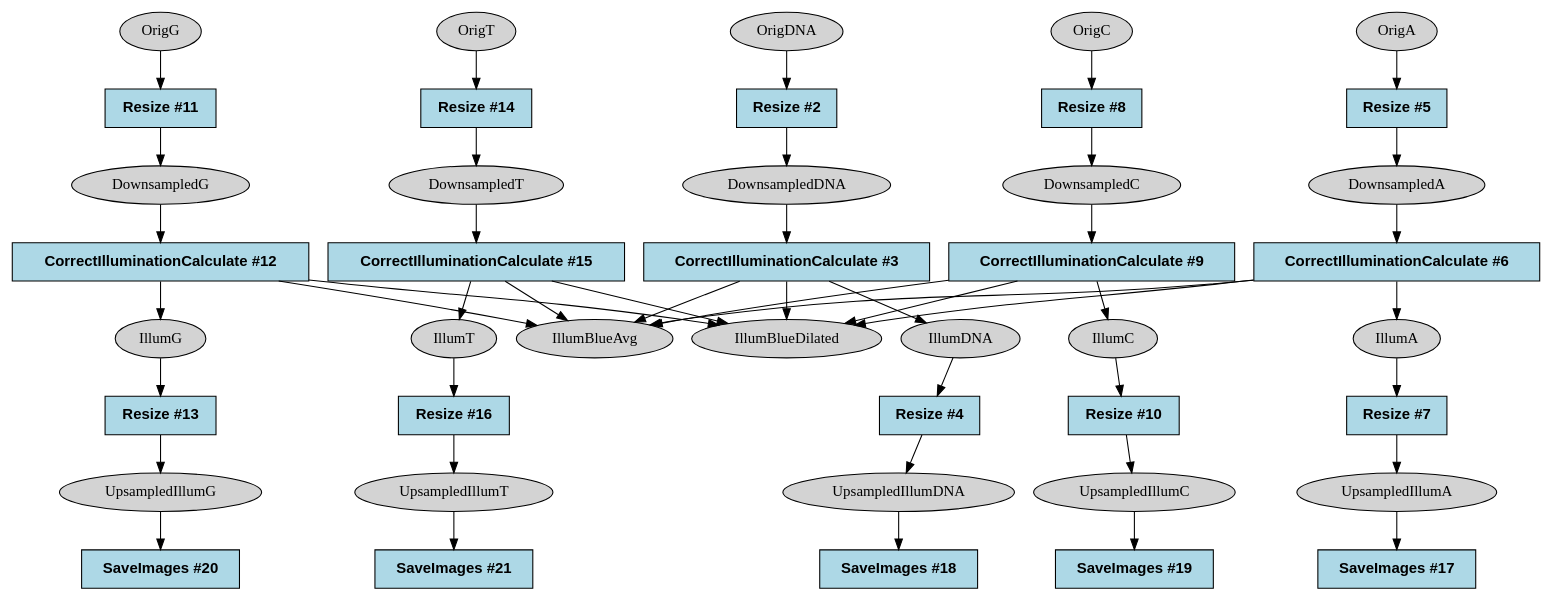
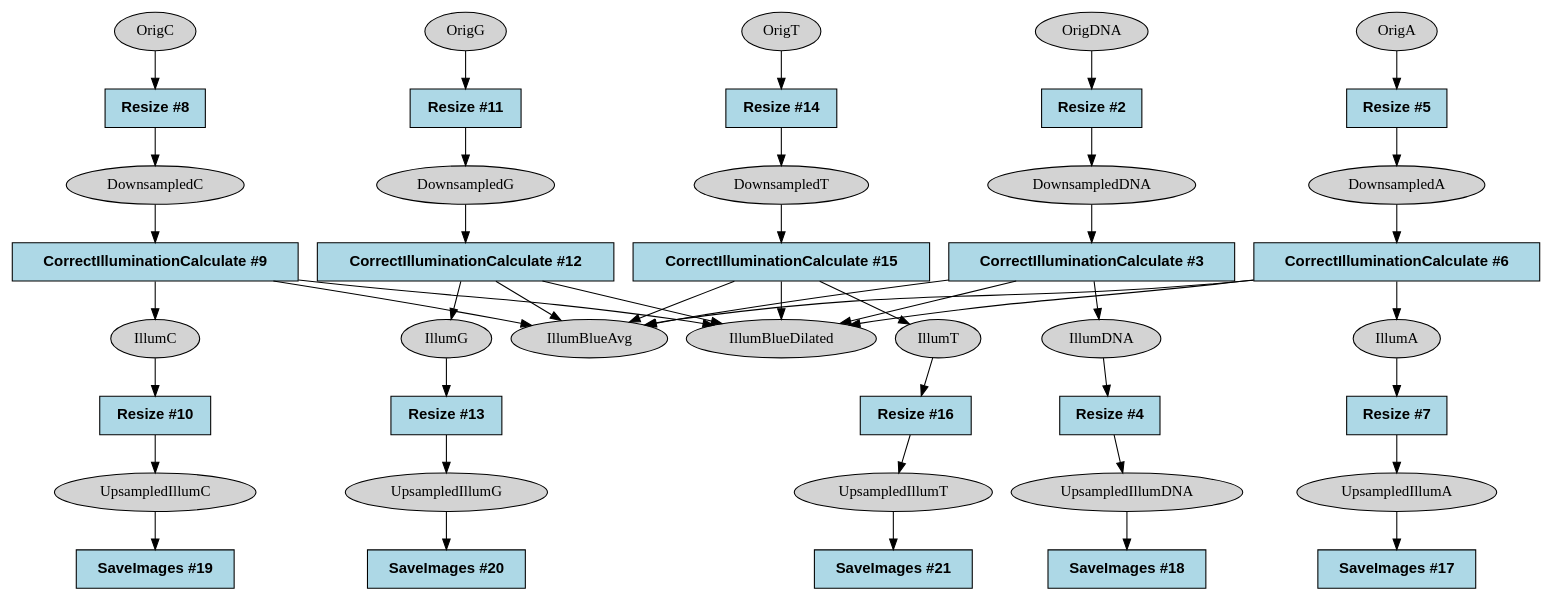
The diagram in docs/tester/assets/pcpip-pipelines/_ref_graph_format/dot/ref_5_BC_Illum.dot (broadinstitute/starrynight), drawn with Graphviz before and after one commit. The commit also changed 6 other files, not shown here.

```diff
--- a/docs/tester/assets/pcpip-pipelines/_ref_graph_format/dot/ref_5_BC_Illum.dot
+++ b/docs/tester/assets/pcpip-pipelines/_ref_graph_format/dot/ref_5_BC_Illum.dot
@@ -1,24 +1,24 @@
 strict digraph {
-CorrectIlluminationCalculate_35e6ccf4 [type=module, label="CorrectIlluminationCalculate #15", module_name=CorrectIlluminationCalculate, module_num=15, original_num=15, stable_id="CorrectIlluminationCalculate_35e6ccf4", enabled=True, shape=box, style=filled, fillcolor=lightblue, fontname="Helvetica-Bold"];
-CorrectIlluminationCalculate_441ea05c [type=module, label="CorrectIlluminationCalculate #12", module_name=CorrectIlluminationCalculate, module_num=12, original_num=12, stable_id="CorrectIlluminationCalculate_441ea05c", enabled=True, shape=box, style=filled, fillcolor=lightblue, fontname="Helvetica-Bold"];
-CorrectIlluminationCalculate_4e9b096f [type=module, label="CorrectIlluminationCalculate #3", module_name=CorrectIlluminationCalculate, module_num=3, original_num=3, stable_id="CorrectIlluminationCalculate_4e9b096f", enabled=True, shape=box, style=filled, fillcolor=lightblue, fontname="Helvetica-Bold"];
-CorrectIlluminationCalculate_710449da [type=module, label="CorrectIlluminationCalculate #6", module_name=CorrectIlluminationCalculate, module_num=6, original_num=6, stable_id="CorrectIlluminationCalculate_710449da", enabled=True, shape=box, style=filled, fillcolor=lightblue, fontname="Helvetica-Bold"];
-CorrectIlluminationCalculate_e3d41161 [type=module, label="CorrectIlluminationCalculate #9", module_name=CorrectIlluminationCalculate, module_num=9, original_num=9, stable_id="CorrectIlluminationCalculate_e3d41161", enabled=True, shape=box, style=filled, fillcolor=lightblue, fontname="Helvetica-Bold"];
-Resize_2ccb6ab7 [type=module, label="Resize #11", module_name=Resize, module_num=11, original_num=11, stable_id="Resize_2ccb6ab7", enabled=True, shape=box, style=filled, fillcolor=lightblue, fontname="Helvetica-Bold"];
-Resize_378f0fc4 [type=module, label="Resize #5", module_name=Resize, module_num=5, original_num=5, stable_id="Resize_378f0fc4", enabled=True, shape=box, style=filled, fillcolor=lightblue, fontname="Helvetica-Bold"];
-Resize_38ecdc67 [type=module, label="Resize #4", module_name=Resize, module_num=4, original_num=4, stable_id="Resize_38ecdc67", enabled=True, shape=box, style=filled, fillcolor=lightblue, fontname="Helvetica-Bold"];
-Resize_3f3b7480 [type=module, label="Resize #13", module_name=Resize, module_num=13, original_num=13, stable_id="Resize_3f3b7480", enabled=True, shape=box, style=filled, fillcolor=lightblue, fontname="Helvetica-Bold"];
-Resize_40e4c0ae [type=module, label="Resize #7", module_name=Resize, module_num=7, original_num=7, stable_id="Resize_40e4c0ae", enabled=True, shape=box, style=filled, fillcolor=lightblue, fontname="Helvetica-Bold"];
-Resize_458620e6 [type=module, label="Resize #10", module_name=Resize, module_num=10, original_num=10, stable_id="Resize_458620e6", enabled=True, shape=box, style=filled, fillcolor=lightblue, fontname="Helvetica-Bold"];
-Resize_45f0677f [type=module, label="Resize #14", module_name=Resize, module_num=14, original_num=14, stable_id="Resize_45f0677f", enabled=True, shape=box, style=filled, fillcolor=lightblue, fontname="Helvetica-Bold"];
-Resize_78f7154 [type=module, label="Resize #8", module_name=Resize, module_num=8, original_num=8, stable_id="Resize_78f7154", enabled=True, shape=box, style=filled, fillcolor=lightblue, fontname="Helvetica-Bold"];
-Resize_87d27d86 [type=module, label="Resize #2", module_name=Resize, module_num=2, original_num=2, stable_id="Resize_87d27d86", enabled=True, shape=box, style=filled, fillcolor=lightblue, fontname="Helvetica-Bold"];
-Resize_f7457200 [type=module, label="Resize #16", module_name=Resize, module_num=16, original_num=16, stable_id="Resize_f7457200", enabled=True, shape=box, style=filled, fillcolor=lightblue, fontname="Helvetica-Bold"];
-SaveImages_26cae2a2 [type=module, label="SaveImages #18", module_name=SaveImages, module_num=18, original_num=18, stable_id="SaveImages_26cae2a2", enabled=True, shape=box, style=filled, fillcolor=lightblue, fontname="Helvetica-Bold"];
-SaveImages_2706bea7 [type=module, label="SaveImages #17", module_name=SaveImages, module_num=17, original_num=17, stable_id="SaveImages_2706bea7", enabled=True, shape=box, style=filled, fillcolor=lightblue, fontname="Helvetica-Bold"];
-SaveImages_b1914eea [type=module, label="SaveImages #20", module_name=SaveImages, module_num=20, original_num=20, stable_id="SaveImages_b1914eea", enabled=True, shape=box, style=filled, fillcolor=lightblue, fontname="Helvetica-Bold"];
-SaveImages_be67cd82 [type=module, label="SaveImages #21", module_name=SaveImages, module_num=21, original_num=21, stable_id="SaveImages_be67cd82", enabled=True, shape=box, style=filled, fillcolor=lightblue, fontname="Helvetica-Bold"];
-SaveImages_ef885992 [type=module, label="SaveImages #19", module_name=SaveImages, module_num=19, original_num=19, stable_id="SaveImages_ef885992", enabled=True, shape=box, style=filled, fillcolor=lightblue, fontname="Helvetica-Bold"];
+CorrectIlluminationCalculate_64a10849 [type=module, label="CorrectIlluminationCalculate #12", module_name=CorrectIlluminationCalculate, module_num=12, original_num=12, stable_id="CorrectIlluminationCalculate_64a10849", enabled=True, shape=box, style=filled, fillcolor=lightblue, fontname="Helvetica-Bold"];
+CorrectIlluminationCalculate_6ec6ba36 [type=module, label="CorrectIlluminationCalculate #9", module_name=CorrectIlluminationCalculate, module_num=9, original_num=9, stable_id="CorrectIlluminationCalculate_6ec6ba36", enabled=True, shape=box, style=filled, fillcolor=lightblue, fontname="Helvetica-Bold"];
+CorrectIlluminationCalculate_794dc52b [type=module, label="CorrectIlluminationCalculate #15", module_name=CorrectIlluminationCalculate, module_num=15, original_num=15, stable_id="CorrectIlluminationCalculate_794dc52b", enabled=True, shape=box, style=filled, fillcolor=lightblue, fontname="Helvetica-Bold"];
+CorrectIlluminationCalculate_b9384aaa [type=module, label="CorrectIlluminationCalculate #6", module_name=CorrectIlluminationCalculate, module_num=6, original_num=6, stable_id="CorrectIlluminationCalculate_b9384aaa", enabled=True, shape=box, style=filled, fillcolor=lightblue, fontname="Helvetica-Bold"];
+CorrectIlluminationCalculate_e3750f2a [type=module, label="CorrectIlluminationCalculate #3", module_name=CorrectIlluminationCalculate, module_num=3, original_num=3, stable_id="CorrectIlluminationCalculate_e3750f2a", enabled=True, shape=box, style=filled, fillcolor=lightblue, fontname="Helvetica-Bold"];
+Resize_32606b38 [type=module, label="Resize #2", module_name=Resize, module_num=2, original_num=2, stable_id="Resize_32606b38", enabled=True, shape=box, style=filled, fillcolor=lightblue, fontname="Helvetica-Bold"];
+Resize_5f66d6a6 [type=module, label="Resize #7", module_name=Resize, module_num=7, original_num=7, stable_id="Resize_5f66d6a6", enabled=True, shape=box, style=filled, fillcolor=lightblue, fontname="Helvetica-Bold"];
+Resize_67d834a7 [type=module, label="Resize #8", module_name=Resize, module_num=8, original_num=8, stable_id="Resize_67d834a7", enabled=True, shape=box, style=filled, fillcolor=lightblue, fontname="Helvetica-Bold"];
+Resize_774d03d7 [type=module, label="Resize #13", module_name=Resize, module_num=13, original_num=13, stable_id="Resize_774d03d7", enabled=True, shape=box, style=filled, fillcolor=lightblue, fontname="Helvetica-Bold"];
+Resize_98d2757f [type=module, label="Resize #11", module_name=Resize, module_num=11, original_num=11, stable_id="Resize_98d2757f", enabled=True, shape=box, style=filled, fillcolor=lightblue, fontname="Helvetica-Bold"];
+Resize_a3b11500 [type=module, label="Resize #4", module_name=Resize, module_num=4, original_num=4, stable_id="Resize_a3b11500", enabled=True, shape=box, style=filled, fillcolor=lightblue, fontname="Helvetica-Bold"];
+Resize_a7dba801 [type=module, label="Resize #14", module_name=Resize, module_num=14, original_num=14, stable_id="Resize_a7dba801", enabled=True, shape=box, style=filled, fillcolor=lightblue, fontname="Helvetica-Bold"];
+Resize_b62893b [type=module, label="Resize #16", module_name=Resize, module_num=16, original_num=16, stable_id="Resize_b62893b", enabled=True, shape=box, style=filled, fillcolor=lightblue, fontname="Helvetica-Bold"];
+Resize_ca7cb3e5 [type=module, label="Resize #10", module_name=Resize, module_num=10, original_num=10, stable_id="Resize_ca7cb3e5", enabled=True, shape=box, style=filled, fillcolor=lightblue, fontname="Helvetica-Bold"];
+Resize_fed3fa8c [type=module, label="Resize #5", module_name=Resize, module_num=5, original_num=5, stable_id="Resize_fed3fa8c", enabled=True, shape=box, style=filled, fillcolor=lightblue, fontname="Helvetica-Bold"];
+SaveImages_25230cf0 [type=module, label="SaveImages #17", module_name=SaveImages, module_num=17, original_num=17, stable_id="SaveImages_25230cf0", enabled=True, shape=box, style=filled, fillcolor=lightblue, fontname="Helvetica-Bold"];
+SaveImages_445ce30e [type=module, label="SaveImages #20", module_name=SaveImages, module_num=20, original_num=20, stable_id="SaveImages_445ce30e", enabled=True, shape=box, style=filled, fillcolor=lightblue, fontname="Helvetica-Bold"];
+SaveImages_4cf7a938 [type=module, label="SaveImages #18", module_name=SaveImages, module_num=18, original_num=18, stable_id="SaveImages_4cf7a938", enabled=True, shape=box, style=filled, fillcolor=lightblue, fontname="Helvetica-Bold"];
+SaveImages_a33ceda0 [type=module, label="SaveImages #21", module_name=SaveImages, module_num=21, original_num=21, stable_id="SaveImages_a33ceda0", enabled=True, shape=box, style=filled, fillcolor=lightblue, fontname="Helvetica-Bold"];
+SaveImages_e7bb47f5 [type=module, label="SaveImages #19", module_name=SaveImages, module_num=19, original_num=19, stable_id="SaveImages_e7bb47f5", enabled=True, shape=box, style=filled, fillcolor=lightblue, fontname="Helvetica-Bold"];
 image__DownsampledA [type=image, label=DownsampledA, shape=ellipse, style=filled, fillcolor=lightgray];
 image__DownsampledC [type=image, label=DownsampledC, shape=ellipse, style=filled, fillcolor=lightgray];
 image__DownsampledDNA [type=image, label=DownsampledDNA, shape=ellipse, style=filled, fillcolor=lightgray];
@@ -41,49 +41,49 @@
 image__UpsampledIllumDNA [type=image, label=UpsampledIllumDNA, shape=ellipse, style=filled, fillcolor=lightgray];
 image__UpsampledIllumG [type=image, label=UpsampledIllumG, shape=ellipse, style=filled, fillcolor=lightgray];
 image__UpsampledIllumT [type=image, label=UpsampledIllumT, shape=ellipse, style=filled, fillcolor=lightgray];
-CorrectIlluminationCalculate_35e6ccf4 -> image__IllumBlueAvg [type="image_output"];
-CorrectIlluminationCalculate_35e6ccf4 -> image__IllumBlueDilated [type="image_output"];
-CorrectIlluminationCalculate_35e6ccf4 -> image__IllumT [type="image_output"];
-CorrectIlluminationCalculate_441ea05c -> image__IllumBlueAvg [type="image_output"];
-CorrectIlluminationCalculate_441ea05c -> image__IllumBlueDilated [type="image_output"];
-CorrectIlluminationCalculate_441ea05c -> image__IllumG [type="image_output"];
-CorrectIlluminationCalculate_4e9b096f -> image__IllumBlueAvg [type="image_output"];
-CorrectIlluminationCalculate_4e9b096f -> image__IllumBlueDilated [type="image_output"];
-CorrectIlluminationCalculate_4e9b096f -> image__IllumDNA [type="image_output"];
-CorrectIlluminationCalculate_710449da -> image__IllumA [type="image_output"];
-CorrectIlluminationCalculate_710449da -> image__IllumBlueAvg [type="image_output"];
-CorrectIlluminationCalculate_710449da -> image__IllumBlueDilated [type="image_output"];
-CorrectIlluminationCalculate_e3d41161 -> image__IllumBlueAvg [type="image_output"];
-CorrectIlluminationCalculate_e3d41161 -> image__IllumBlueDilated [type="image_output"];
-CorrectIlluminationCalculate_e3d41161 -> image__IllumC [type="image_output"];
-Resize_2ccb6ab7 -> image__DownsampledG [type="image_output"];
-Resize_378f0fc4 -> image__DownsampledA [type="image_output"];
-Resize_38ecdc67 -> image__UpsampledIllumDNA [type="image_output"];
-Resize_3f3b7480 -> image__UpsampledIllumG [type="image_output"];
-Resize_40e4c0ae -> image__UpsampledIllumA [type="image_output"];
-Resize_458620e6 -> image__UpsampledIllumC [type="image_output"];
-Resize_45f0677f -> image__DownsampledT [type="image_output"];
-Resize_78f7154 -> image__DownsampledC [type="image_output"];
-Resize_87d27d86 -> image__DownsampledDNA [type="image_output"];
-Resize_f7457200 -> image__UpsampledIllumT [type="image_output"];
-image__DownsampledA -> CorrectIlluminationCalculate_710449da [type="image_input"];
-image__DownsampledC -> CorrectIlluminationCalculate_e3d41161 [type="image_input"];
-image__DownsampledDNA -> CorrectIlluminationCalculate_4e9b096f [type="image_input"];
-image__DownsampledG -> CorrectIlluminationCalculate_441ea05c [type="image_input"];
-image__DownsampledT -> CorrectIlluminationCalculate_35e6ccf4 [type="image_input"];
-image__IllumA -> Resize_40e4c0ae [type="image_input"];
-image__IllumC -> Resize_458620e6 [type="image_input"];
-image__IllumDNA -> Resize_38ecdc67 [type="image_input"];
-image__IllumG -> Resize_3f3b7480 [type="image_input"];
-image__IllumT -> Resize_f7457200 [type="image_input"];
-image__OrigA -> Resize_378f0fc4 [type="image_input"];
-image__OrigC -> Resize_78f7154 [type="image_input"];
-image__OrigDNA -> Resize_87d27d86 [type="image_input"];
-image__OrigG -> Resize_2ccb6ab7 [type="image_input"];
-image__OrigT -> Resize_45f0677f [type="image_input"];
-image__UpsampledIllumA -> SaveImages_2706bea7 [type="image_input"];
-image__UpsampledIllumC -> SaveImages_ef885992 [type="image_input"];
-image__UpsampledIllumDNA -> SaveImages_26cae2a2 [type="image_input"];
-image__UpsampledIllumG -> SaveImages_b1914eea [type="image_input"];
-image__UpsampledIllumT -> SaveImages_be67cd82 [type="image_input"];
+CorrectIlluminationCalculate_64a10849 -> image__IllumBlueAvg [type="image_output"];
+CorrectIlluminationCalculate_64a10849 -> image__IllumBlueDilated [type="image_output"];
+CorrectIlluminationCalculate_64a10849 -> image__IllumG [type="image_output"];
+CorrectIlluminationCalculate_6ec6ba36 -> image__IllumBlueAvg [type="image_output"];
+CorrectIlluminationCalculate_6ec6ba36 -> image__IllumBlueDilated [type="image_output"];
+CorrectIlluminationCalculate_6ec6ba36 -> image__IllumC [type="image_output"];
+CorrectIlluminationCalculate_794dc52b -> image__IllumBlueAvg [type="image_output"];
+CorrectIlluminationCalculate_794dc52b -> image__IllumBlueDilated [type="image_output"];
+CorrectIlluminationCalculate_794dc52b -> image__IllumT [type="image_output"];
+CorrectIlluminationCalculate_b9384aaa -> image__IllumA [type="image_output"];
+CorrectIlluminationCalculate_b9384aaa -> image__IllumBlueAvg [type="image_output"];
+CorrectIlluminationCalculate_b9384aaa -> image__IllumBlueDilated [type="image_output"];
+CorrectIlluminationCalculate_e3750f2a -> image__IllumBlueAvg [type="image_output"];
+CorrectIlluminationCalculate_e3750f2a -> image__IllumBlueDilated [type="image_output"];
+CorrectIlluminationCalculate_e3750f2a -> image__IllumDNA [type="image_output"];
+Resize_32606b38 -> image__DownsampledDNA [type="image_output"];
+Resize_5f66d6a6 -> image__UpsampledIllumA [type="image_output"];
+Resize_67d834a7 -> image__DownsampledC [type="image_output"];
+Resize_774d03d7 -> image__UpsampledIllumG [type="image_output"];
+Resize_98d2757f -> image__DownsampledG [type="image_output"];
+Resize_a3b11500 -> image__UpsampledIllumDNA [type="image_output"];
+Resize_a7dba801 -> image__DownsampledT [type="image_output"];
+Resize_b62893b -> image__UpsampledIllumT [type="image_output"];
+Resize_ca7cb3e5 -> image__UpsampledIllumC [type="image_output"];
+Resize_fed3fa8c -> image__DownsampledA [type="image_output"];
+image__DownsampledA -> CorrectIlluminationCalculate_b9384aaa [type="image_input"];
+image__DownsampledC -> CorrectIlluminationCalculate_6ec6ba36 [type="image_input"];
+image__DownsampledDNA -> CorrectIlluminationCalculate_e3750f2a [type="image_input"];
+image__DownsampledG -> CorrectIlluminationCalculate_64a10849 [type="image_input"];
+image__DownsampledT -> CorrectIlluminationCalculate_794dc52b [type="image_input"];
+image__IllumA -> Resize_5f66d6a6 [type="image_input"];
+image__IllumC -> Resize_ca7cb3e5 [type="image_input"];
+image__IllumDNA -> Resize_a3b11500 [type="image_input"];
+image__IllumG -> Resize_774d03d7 [type="image_input"];
+image__IllumT -> Resize_b62893b [type="image_input"];
+image__OrigA -> Resize_fed3fa8c [type="image_input"];
+image__OrigC -> Resize_67d834a7 [type="image_input"];
+image__OrigDNA -> Resize_32606b38 [type="image_input"];
+image__OrigG -> Resize_98d2757f [type="image_input"];
+image__OrigT -> Resize_a7dba801 [type="image_input"];
+image__UpsampledIllumA -> SaveImages_25230cf0 [type="image_input"];
+image__UpsampledIllumC -> SaveImages_e7bb47f5 [type="image_input"];
+image__UpsampledIllumDNA -> SaveImages_4cf7a938 [type="image_input"];
+image__UpsampledIllumG -> SaveImages_445ce30e [type="image_input"];
+image__UpsampledIllumT -> SaveImages_a33ceda0 [type="image_input"];
 }
```
